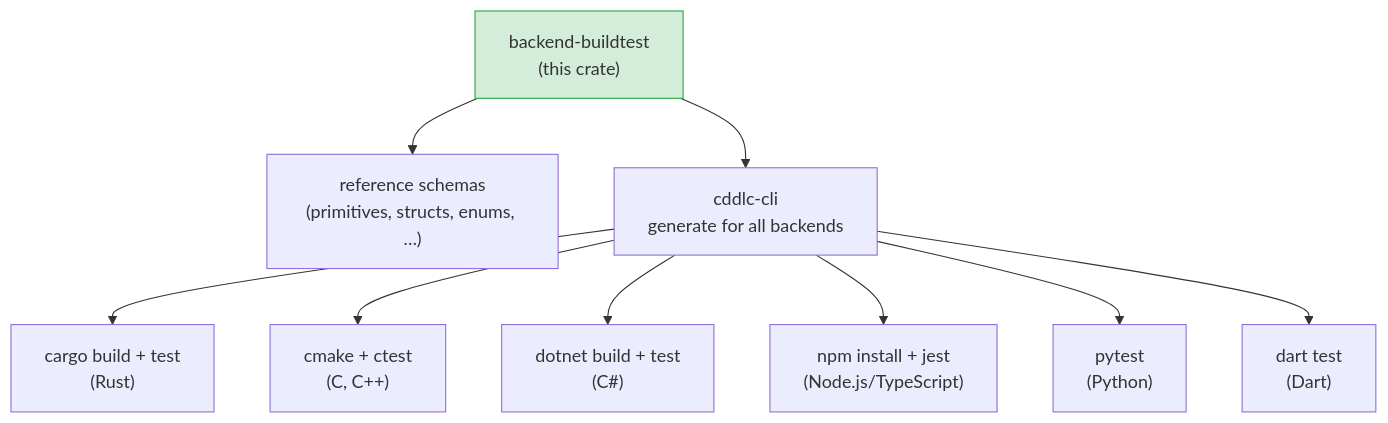
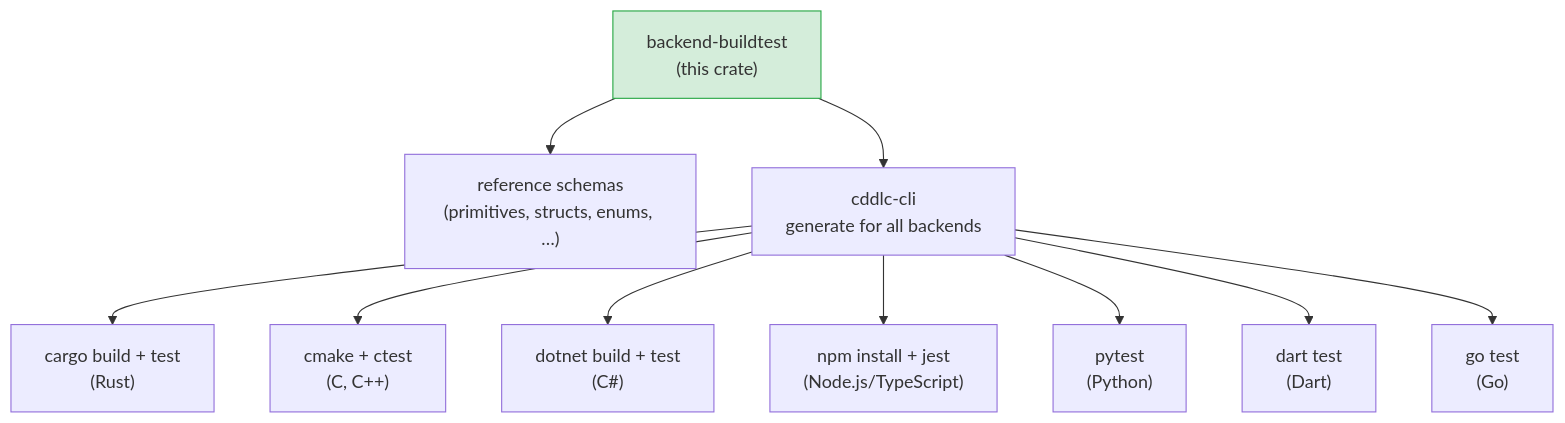
Before and after one commit to dgtlrift/cddlc: the diagram in crates/backend-buildtest/README.md, drawn with Mermaid. The commit also changed other lines of this file and 19 other files, not shown here.

````diff
--- a/crates/backend-buildtest/README.md
+++ b/crates/backend-buildtest/README.md
@@ -10,12 +10,13 @@
 ```mermaid
 flowchart TD
     A["backend-buildtest\n(this crate)"]:::active --> B["reference schemas\n(primitives, structs, enums, …)"]
     A --> C["cddlc-cli\ngenerate for all backends"]
     C --> D1["cargo build + test\n(Rust)"]
     C --> D2["cmake + ctest\n(C, C++)"]
     C --> D3["dotnet build + test\n(C#)"]
     C --> D4["npm install + jest\n(Node.js/TypeScript)"]
     C --> D5["pytest\n(Python)"]
     C --> D6["dart test\n(Dart)"]
+    C --> D7["go test\n(Go)"]
     classDef active fill:#d4edda,stroke:#28a745
 ```
````
